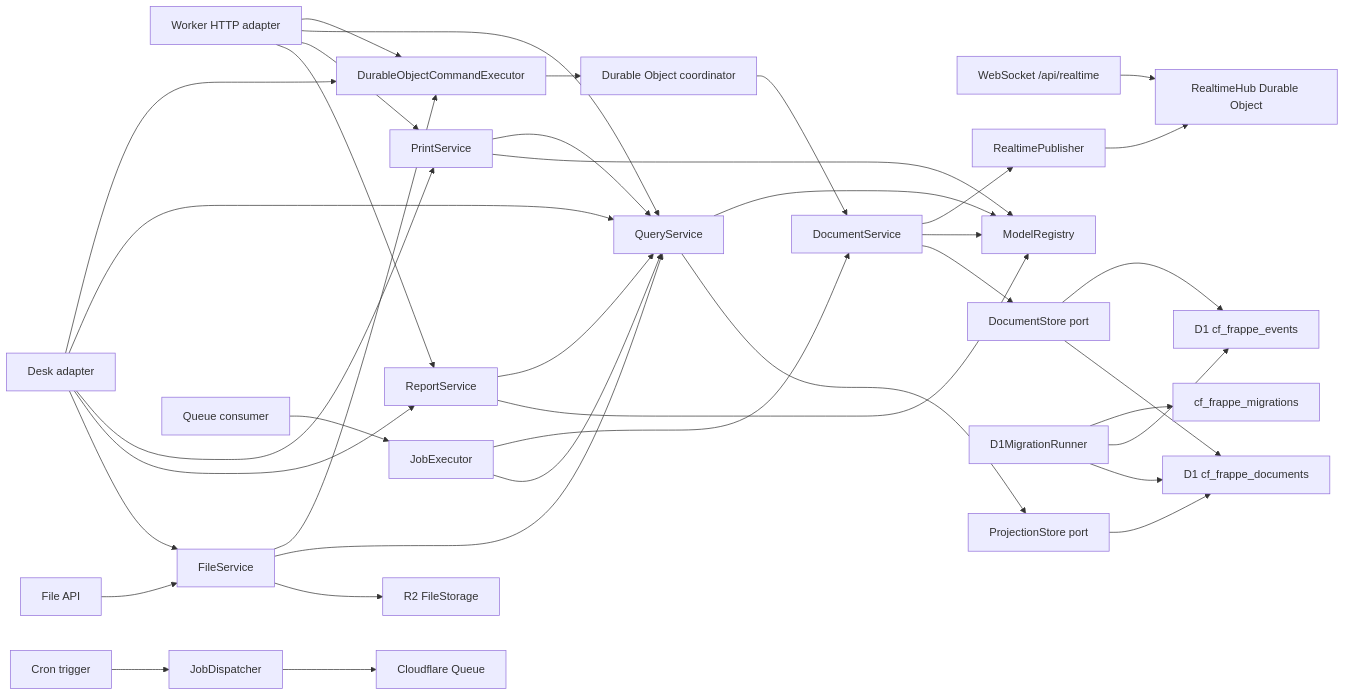
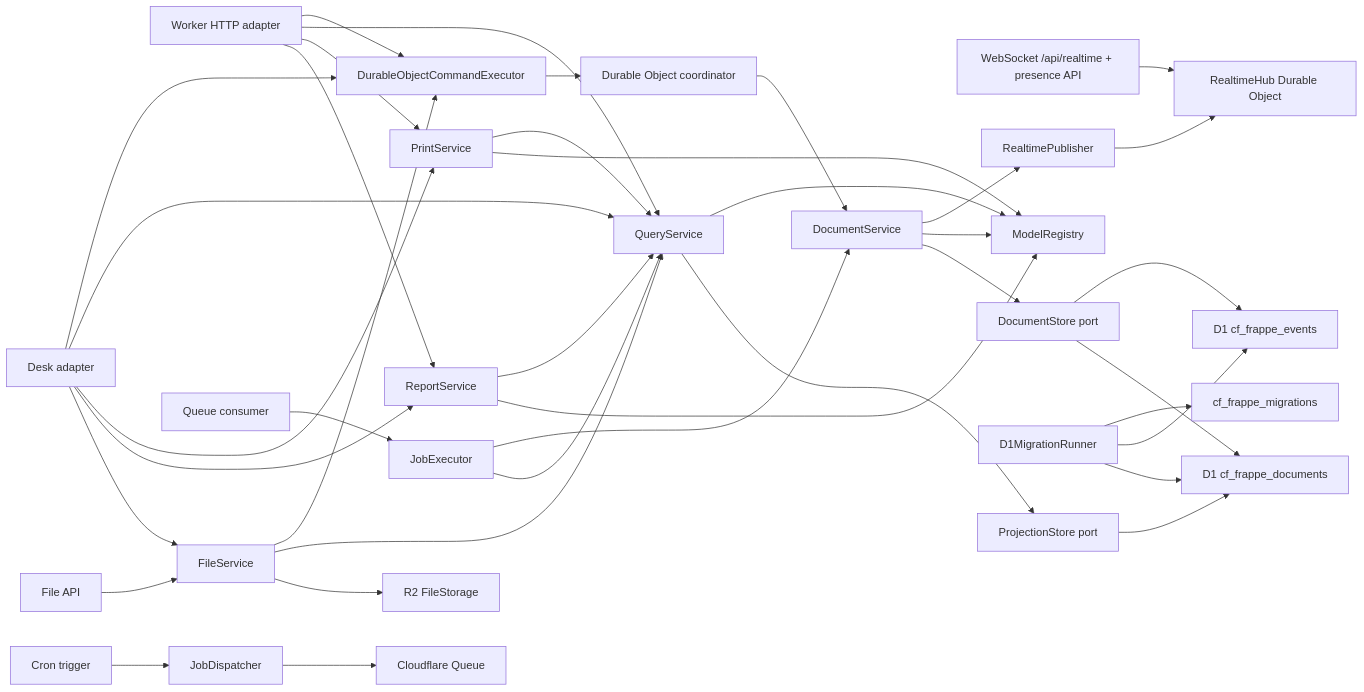
The diagram in README.md (victor-develop/cf-frappe), drawn with Mermaid before and after one commit. The commit also changed other lines of this file and 6 other files, not shown here.

Commit message:
Add permissioned realtime presence snapshots

````diff
--- a/README.md
+++ b/README.md
@@ -895,40 +896,40 @@
 ```mermaid
 flowchart LR
   HTTP["Worker HTTP adapter"] --> DOCLIENT["DurableObjectCommandExecutor"]
   DESK["Desk adapter"] --> DOCLIENT
   DESK --> QUERY
   DESK --> PRINTS
   DESK --> REPORTS
   DESK --> FSVC
   CRON["Cron trigger"] --> JOBS["JobDispatcher"]
   QUEUE["Queue consumer"] --> EXEC["JobExecutor"]
   FILES["File API"] --> FSVC["FileService"]
   FSVC --> DOCLIENT
   FSVC --> QUERY
   FSVC --> R2["R2 FileStorage"]
-  WS["WebSocket /api/realtime"] --> RTHUB["RealtimeHub Durable Object"]
+  WS["WebSocket /api/realtime + presence API"] --> RTHUB["RealtimeHub Durable Object"]
   APP --> RT["RealtimePublisher"]
   RT --> RTHUB
   JOBS --> CFQ["Cloudflare Queue"]
   EXEC --> APP
   EXEC --> QUERY
   DOCLIENT --> DO["Durable Object coordinator"]
   DO --> APP["DocumentService"]
   HTTP --> QUERY["QueryService"]
   HTTP --> PRINTS["PrintService"]
   PRINTS --> QUERY
   PRINTS --> REG
   HTTP --> REPORTS["ReportService"]
   REPORTS --> QUERY
   REPORTS --> REG
   APP --> REG["ModelRegistry"]
   QUERY --> REG
   APP --> STORE["DocumentStore port"]
   MIG["D1MigrationRunner"] --> D1M["cf_frappe_migrations"]
   MIG --> D1E
   MIG --> D1P
   QUERY --> PS["ProjectionStore port"]
   STORE --> D1E["D1 cf_frappe_events"]
   STORE --> D1P["D1 cf_frappe_documents"]
   PS --> D1P
 ```
````
